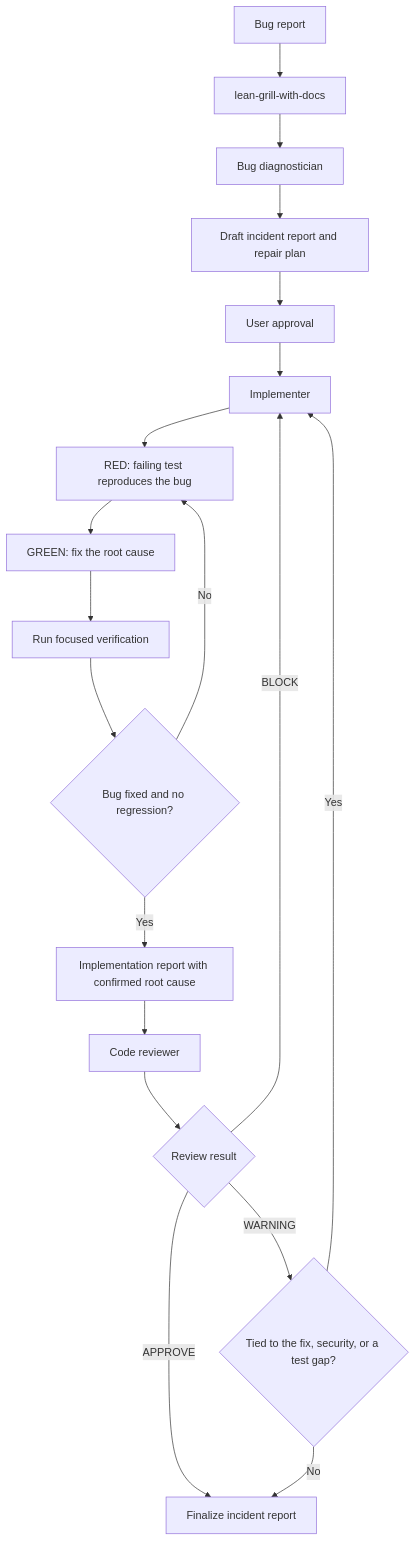
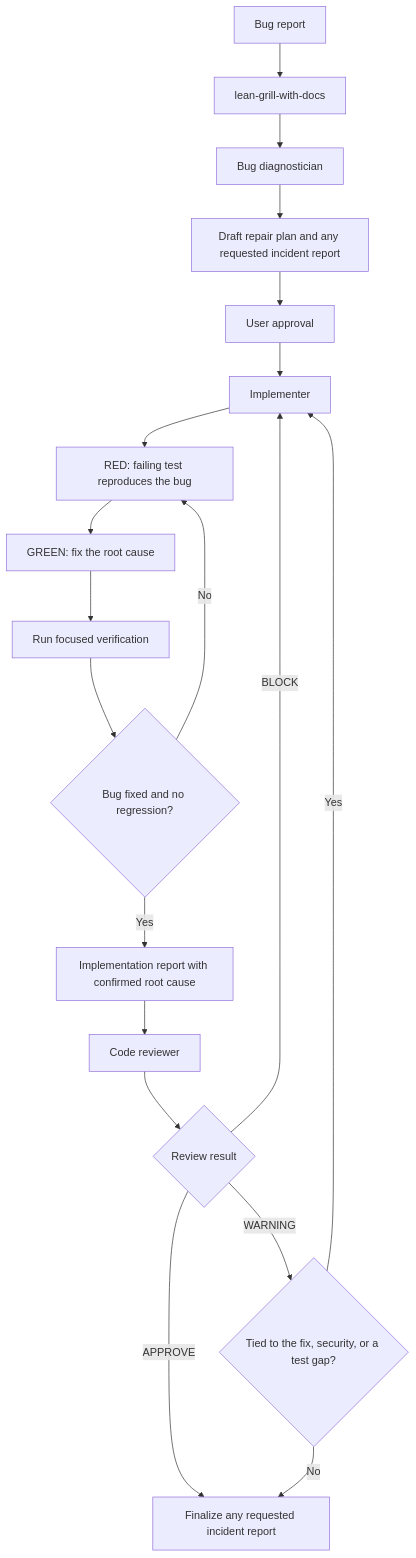
Before and after one commit to aloilor/lean-coding-agent: the diagram in docs/workflows/bug-fixing.md, drawn with Mermaid. The commit also changed other lines of this file and 16 other files, not shown here.

````diff
--- a/docs/workflows/bug-fixing.md
+++ b/docs/workflows/bug-fixing.md
@@ -23,21 +23,21 @@
 ```mermaid
 flowchart TD
     A[Bug report] --> B[lean-grill-with-docs]
     B --> C[Bug diagnostician]
-    C --> D[Draft incident report and repair plan]
+    C --> D[Draft repair plan and any requested incident report]
     D --> E[User approval]
     E --> F[Implementer]
     F --> G[RED: failing test reproduces the bug]
     G --> H[GREEN: fix the root cause]
     H --> I[Run focused verification]
     I --> J{Bug fixed and no regression?}
     J -->|No| G
     J -->|Yes| K[Implementation report with confirmed root cause]
     K --> L[Code reviewer]
     L --> M{Review result}
-    M -->|APPROVE| N[Finalize incident report]
+    M -->|APPROVE| N[Finalize any requested incident report]
     M -->|BLOCK| F
     M -->|WARNING| O{Tied to the fix, security, or a test gap?}
     O -->|Yes| F
     O -->|No| N
 ```
````
